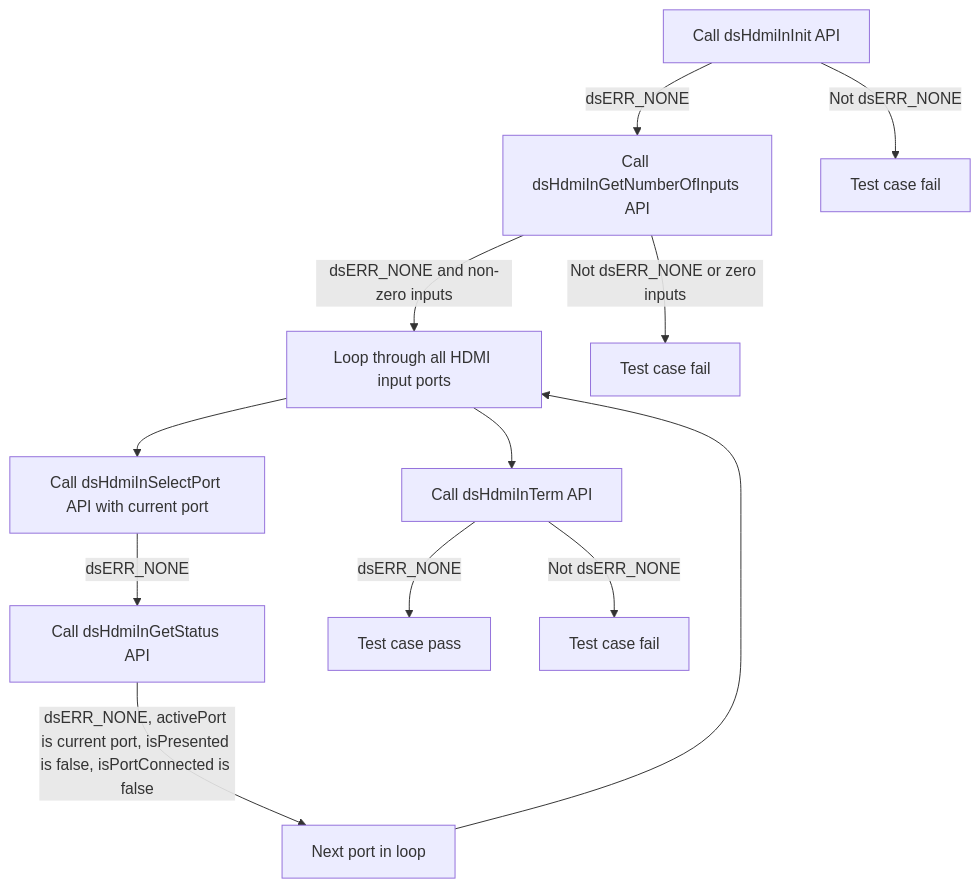
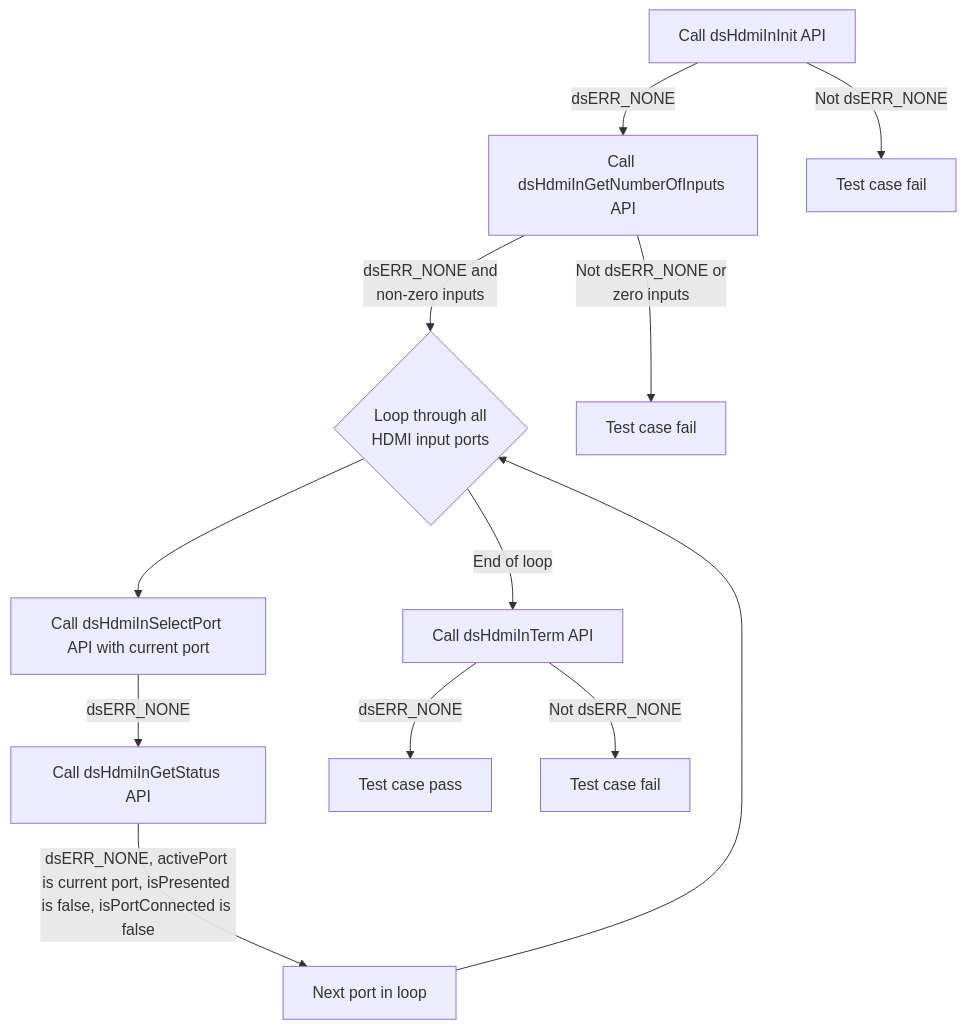
Before and after one commit to rdkcentral/rdk-halif-test-device_settings: the fifth of 10 diagrams in docs/pages/dsHdmiIn_L2_Low-Level_TestSpecification.md, drawn with Mermaid. The commit also changed other lines of this file, not shown here.

Commit message:
L2 Tests for dsHdmiIn Updated details in mermaid diagram

````diff
--- a/docs/pages/dsHdmiIn_L2_Low-Level_TestSpecification.md
+++ b/docs/pages/dsHdmiIn_L2_Low-Level_TestSpecification.md
@@ -242,14 +242,14 @@
 ```mermaid
 graph TB
 A[Call dsHdmiInInit API] -->|dsERR_NONE| B[Call dsHdmiInGetNumberOfInputs API]
 A -->|Not dsERR_NONE| A1[Test case fail]
-B -->|dsERR_NONE and non-zero inputs| C[Loop through all HDMI input ports]
-B -->|Not dsERR_NONE or zero inputs| B1[Test case fail]
+B -->|dsERR_NONE and<br> non-zero inputs| C{Loop through all <br> HDMI input ports}
+B -->|Not dsERR_NONE or <br>zero inputs| B1[Test case fail]
 C --> D[Call dsHdmiInSelectPort API with current port]
 D -->|dsERR_NONE| E[Call dsHdmiInGetStatus API]
 E -->|dsERR_NONE, activePort is current port, isPresented is false, isPortConnected is false| F[Next port in loop]
 F --> C
-C --> G[Call dsHdmiInTerm API]
+C -->|End of loop| G[Call dsHdmiInTerm API]
 G -->|dsERR_NONE| H[Test case pass]
 G -->|Not dsERR_NONE| G1[Test case fail]
 ```
````
